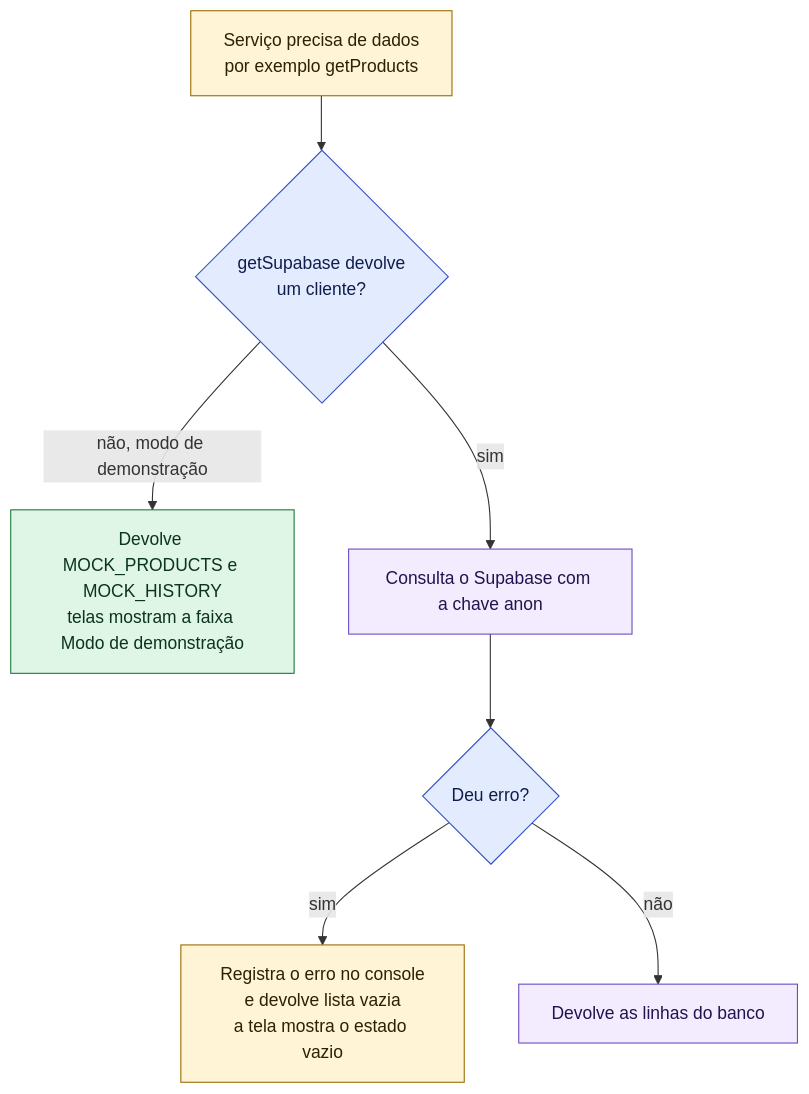
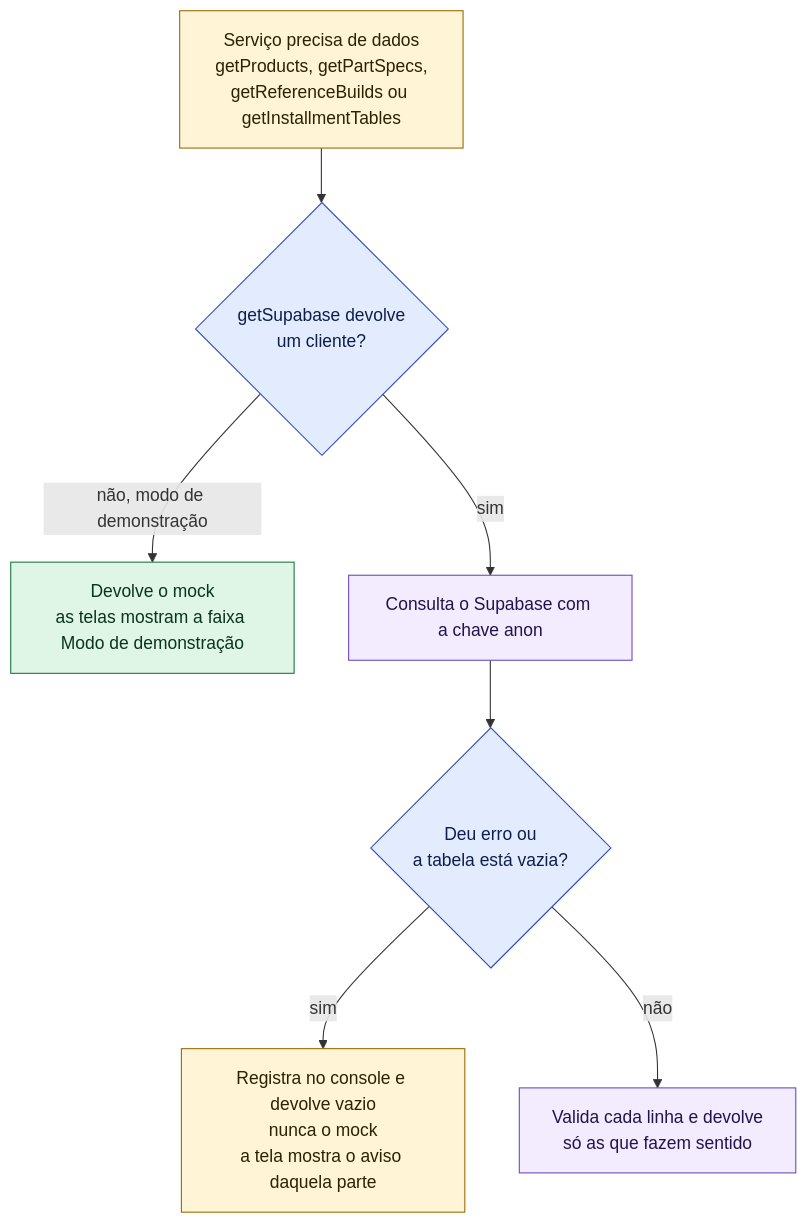
Before and after one commit to FEJAPA/Garimpo-PC: the second of 3 diagrams in docs/diagramas/arquitetura.md, drawn with Mermaid. The commit also changed other lines of this file and 5 other files, not shown here.

````diff
--- a/docs/diagramas/arquitetura.md
+++ b/docs/diagramas/arquitetura.md
@@ -143,15 +147,15 @@
 ```mermaid
 flowchart TD
     classDef passo fill:#fff4d6,stroke:#9a6b00,color:#2b2200
     classDef decisao fill:#e3ecff,stroke:#2f4fbf,color:#0f1d4d
     classDef mock fill:#dff5e6,stroke:#1b7a3f,color:#0b3320
     classDef banco fill:#f3ecff,stroke:#6a4bc4,color:#22124d
 
-    S["Serviço precisa de dados<br/>por exemplo getProducts"]:::passo
+    S["Serviço precisa de dados<br/>getProducts, getPartSpecs,<br/>getReferenceBuilds ou getInstallmentTables"]:::passo
     S --> D{"getSupabase devolve<br/>um cliente?"}:::decisao
-    D -->|"não, modo de demonstração"| M["Devolve MOCK_PRODUCTS e MOCK_HISTORY<br/>telas mostram a faixa Modo de demonstração"]:::mock
+    D -->|"não, modo de demonstração"| M["Devolve o mock<br/>as telas mostram a faixa Modo de demonstração"]:::mock
     D -->|"sim"| Q["Consulta o Supabase com a chave anon"]:::banco
-    Q --> E{"Deu erro?"}:::decisao
-    E -->|"sim"| E1["Registra o erro no console<br/>e devolve lista vazia<br/>a tela mostra o estado vazio"]:::passo
-    E -->|"não"| R["Devolve as linhas do banco"]:::banco
+    Q --> E{"Deu erro ou<br/>a tabela está vazia?"}:::decisao
+    E -->|"sim"| E1["Registra no console e devolve vazio<br/>nunca o mock<br/>a tela mostra o aviso daquela parte"]:::passo
+    E -->|"não"| R["Valida cada linha e devolve<br/>só as que fazem sentido"]:::banco
 ```
````
